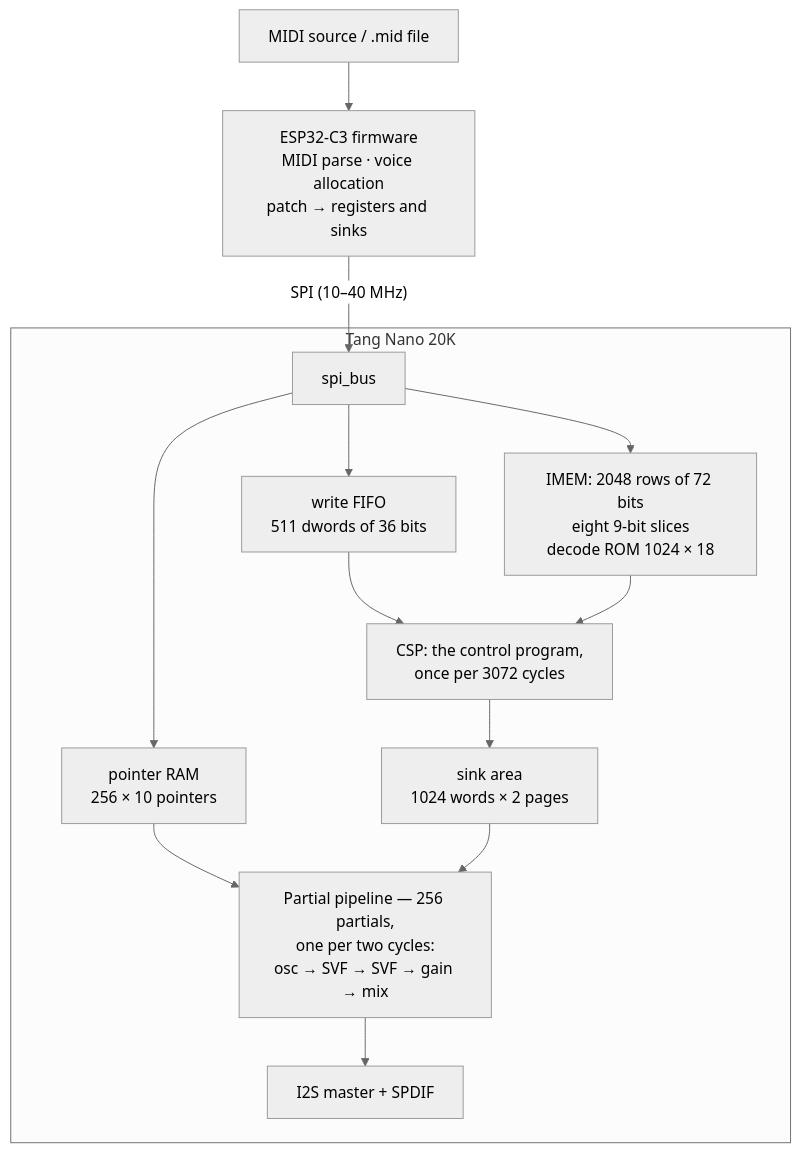
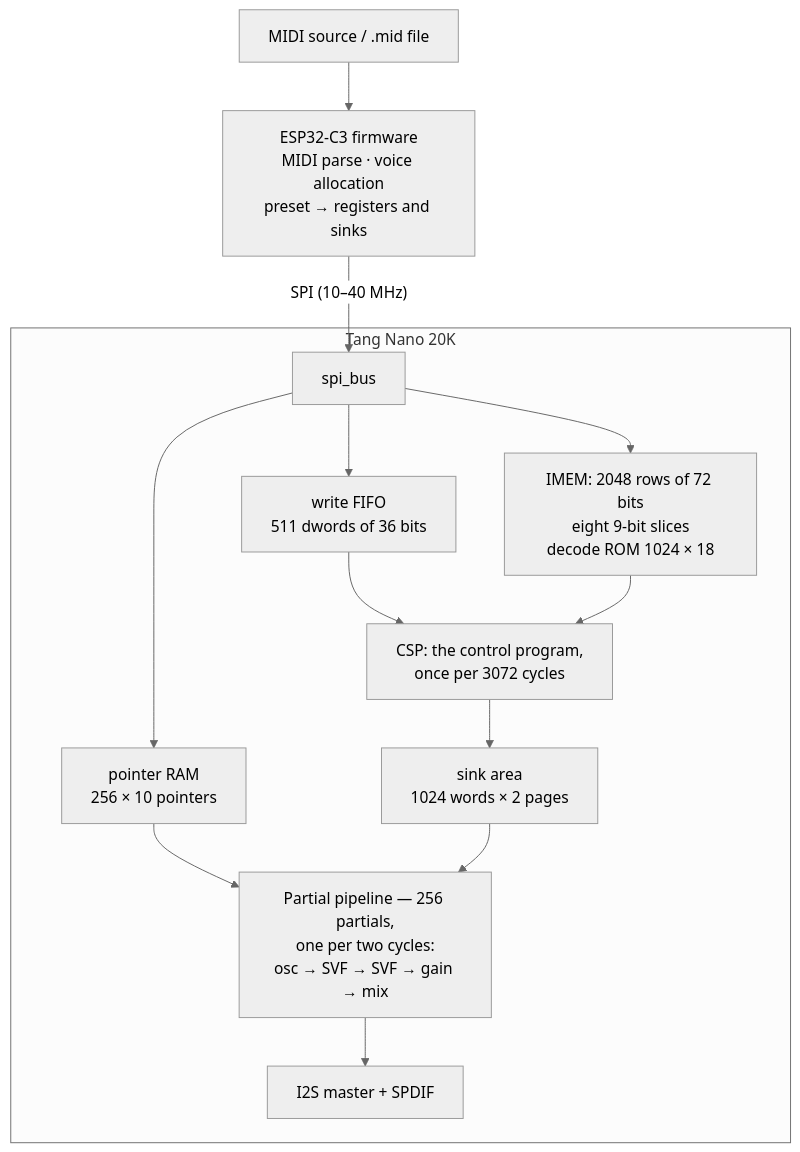
Before and after one commit to Thorwegian/noaidi-fpga-synth: the diagram in docs/memory_map.md, drawn with Mermaid (neutral theme). The commit also changed other lines of this file and 80 other files, not shown here.

First line of the commit message:
preset, not patch: one word for a stored sound (#300)

````diff
--- a/docs/memory_map.md
+++ b/docs/memory_map.md
@@ -40,16 +40,16 @@
 ```mermaid
 flowchart TD
-    MIDI["MIDI source / .mid file"] --> ESP["ESP32-C3 firmware<br/>MIDI parse · voice allocation<br/>patch → registers and sinks"]
+    MIDI["MIDI source / .mid file"] --> ESP["ESP32-C3 firmware<br/>MIDI parse · voice allocation<br/>preset → registers and sinks"]
     ESP -- "SPI (10–40 MHz)" --> BUS["spi_bus"]
     subgraph FG["Tang Nano 20K"]
         BUS --> Q["write FIFO<br/>511 dwords of 36 bits"]
         BUS --> PGM["IMEM: 2048 rows of 72 bits<br/>eight 9-bit slices<br/>decode ROM 1024 × 18"]
         BUS --> PTR["pointer RAM<br/>256 × 10 pointers"]
         Q --> CSP["CSP: the control program,<br/>once per 3072 cycles"]
         PGM --> CSP
         CSP --> SINKS["sink area<br/>1024 words × 2 pages"]
         PTR --> PIPE["Partial pipeline — 256 partials,<br/>one per two cycles:<br/>osc → SVF → SVF → gain → mix"]
         SINKS --> PIPE
         PIPE --> OUT["I2S master + SPDIF"]
     end
 ```
````
